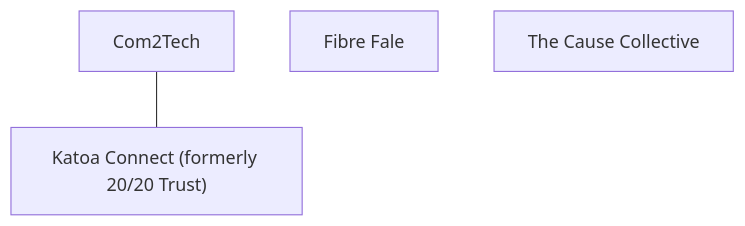
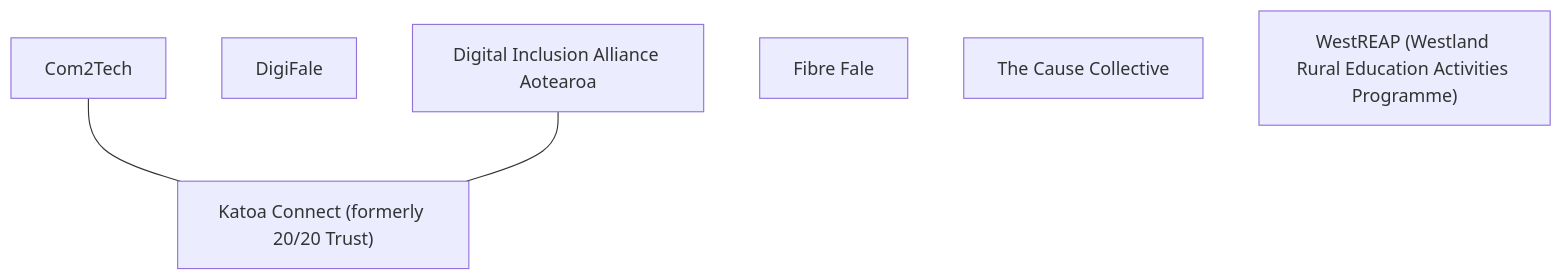
Before and after one commit to olitreadwell/nz-tech-for-good: diagram 16 of 22 in GUIDE.md, drawn with Mermaid. The commit also changed other lines of this file and 4 other files, not shown here.

````diff
--- a/GUIDE.md
+++ b/GUIDE.md
@@ -330,8 +336,12 @@
 ```mermaid
 flowchart TD
     n_Com2Tech["Com2Tech"]
+    n_DigiFale["DigiFale"]
+    n_DigitalInclusionAlliance["Digital Inclusion Alliance Aotearoa"]
     n_FibreFale["Fibre Fale"]
     n_KatoaConnectformerly2020["Katoa Connect (formerly 20/20 Trust)"]
     n_TheCauseCollective["The Cause Collective"]
+    n_WestREAPWestlandRuralEdu["WestREAP (Westland Rural Education Activities Programme)"]
     n_Com2Tech --- n_KatoaConnectformerly2020
+    n_DigitalInclusionAlliance --- n_KatoaConnectformerly2020
 ```
````
